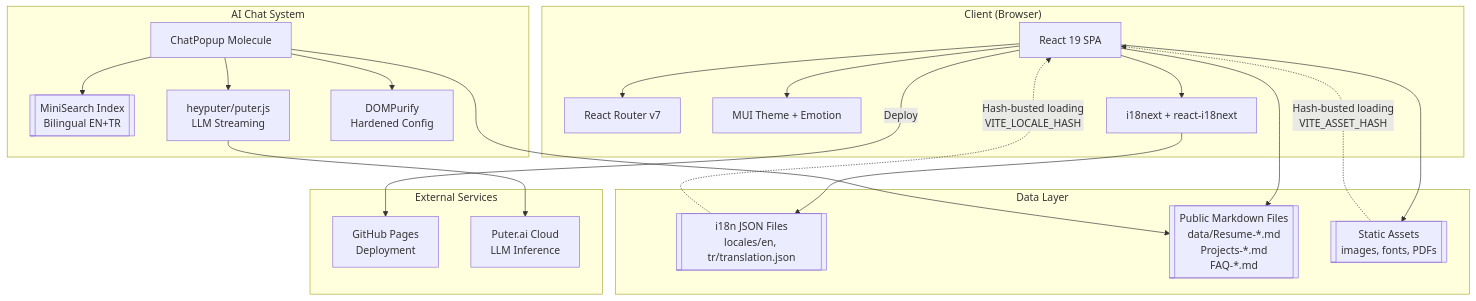
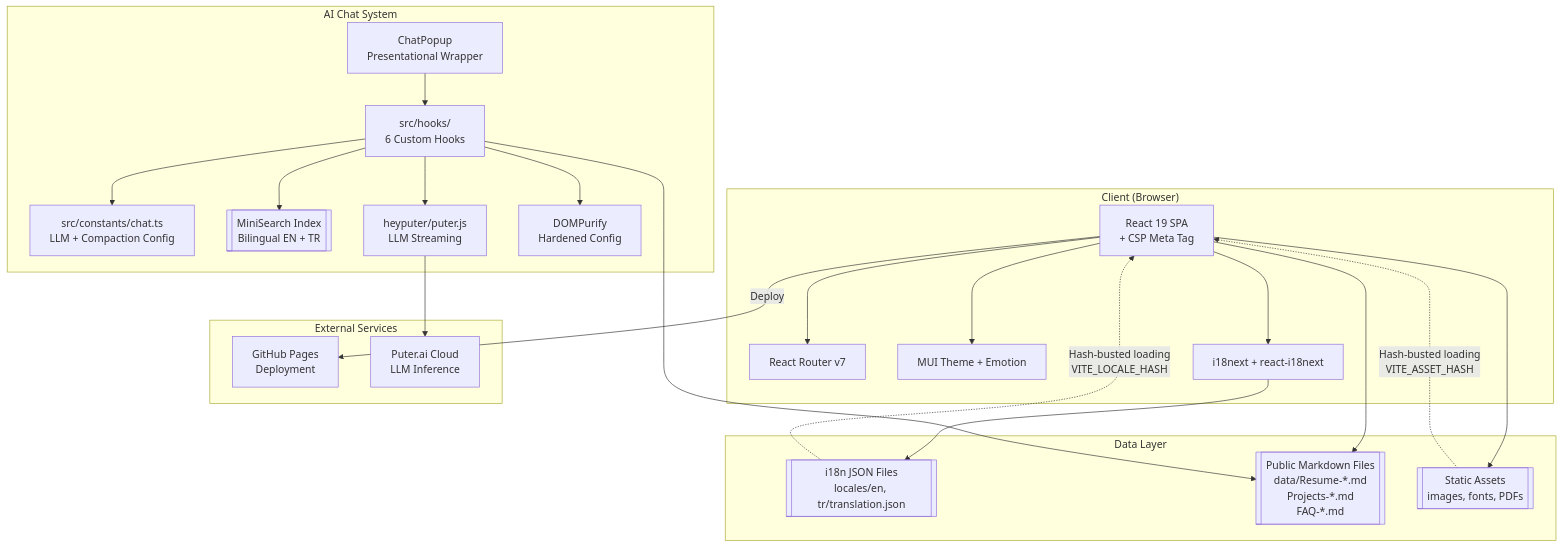
The first of 3 diagrams in README.md (ahmadmdabit/ahmadmdabit.github.io), drawn with Mermaid before and after one commit. The commit also changed other lines of this file and 12 other files, not shown here.

First line of the commit message:
refactor(chat): extract chat logic into dedicated hooks and add CSP

````diff
--- a/README.md
+++ b/README.md
@@ -17,45 +17,49 @@
 ```mermaid
 graph TB
     subgraph "Client (Browser)"
-        UI["React 19 SPA"]
+        UI["React 19 SPA\n+ CSP Meta Tag"]
         Router["React Router v7"]
         Theme["MUI Theme + Emotion"]
         I18n["i18next + react-i18next"]
     end
 
     subgraph "Data Layer"
         I18nData[["i18n JSON Files\nlocales/en, tr/translation.json"]]
         PublicData[["Public Markdown Files\ndata/Resume-*.md\nProjects-*.md\nFAQ-*.md"]]
         Assets[["Static Assets\nimages, fonts, PDFs"]]
     end
 
     subgraph "AI Chat System"
-        ChatPopup["ChatPopup Molecule"]
-        MiniSearch[["MiniSearch Index\nBilingual EN+TR"]]
+        ChatPopup["ChatPopup\nPresentational Wrapper"]
+        Hooks["src/hooks/\n6 Custom Hooks"]
+        Constants["src/constants/chat.ts\nLLM + Compaction Config"]
+        MiniSearch[["MiniSearch Index\nBilingual EN + TR"]]
         PuterJS["heyputer/puter.js\nLLM Streaming"]
         DOMPurify["DOMPurify\nHardened Config"]
     end
 
     subgraph "External Services"
         GitHubPages["GitHub Pages\nDeployment"]
         PuterAPI["Puter.ai Cloud\nLLM Inference"]
     end
 
     UI --> Router
     UI --> Theme
     UI --> I18n
     I18n --> I18nData
     UI --> PublicData
     UI --> Assets
 
-    ChatPopup --> MiniSearch
-    ChatPopup --> PuterJS
-    ChatPopup --> DOMPurify
-    ChatPopup --> PublicData
+    ChatPopup --> Hooks
+    Hooks --> MiniSearch
+    Hooks --> PuterJS
+    Hooks --> DOMPurify
+    Hooks --> PublicData
+    Hooks --> Constants
     PuterJS --> PuterAPI
 
     I18nData -.->|Hash-busted loading\nVITE_LOCALE_HASH| UI
     Assets -.->|Hash-busted loading\nVITE_ASSET_HASH| UI
 
     UI -->|Deploy| GitHubPages
 ```
````
